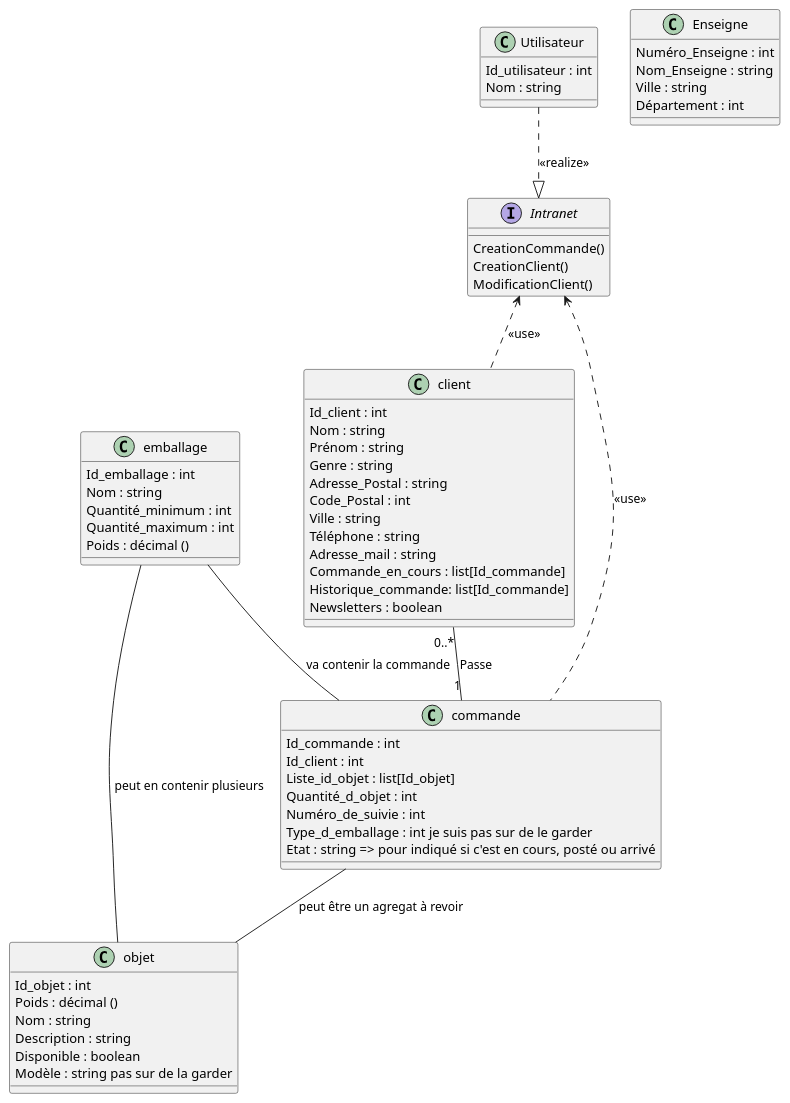
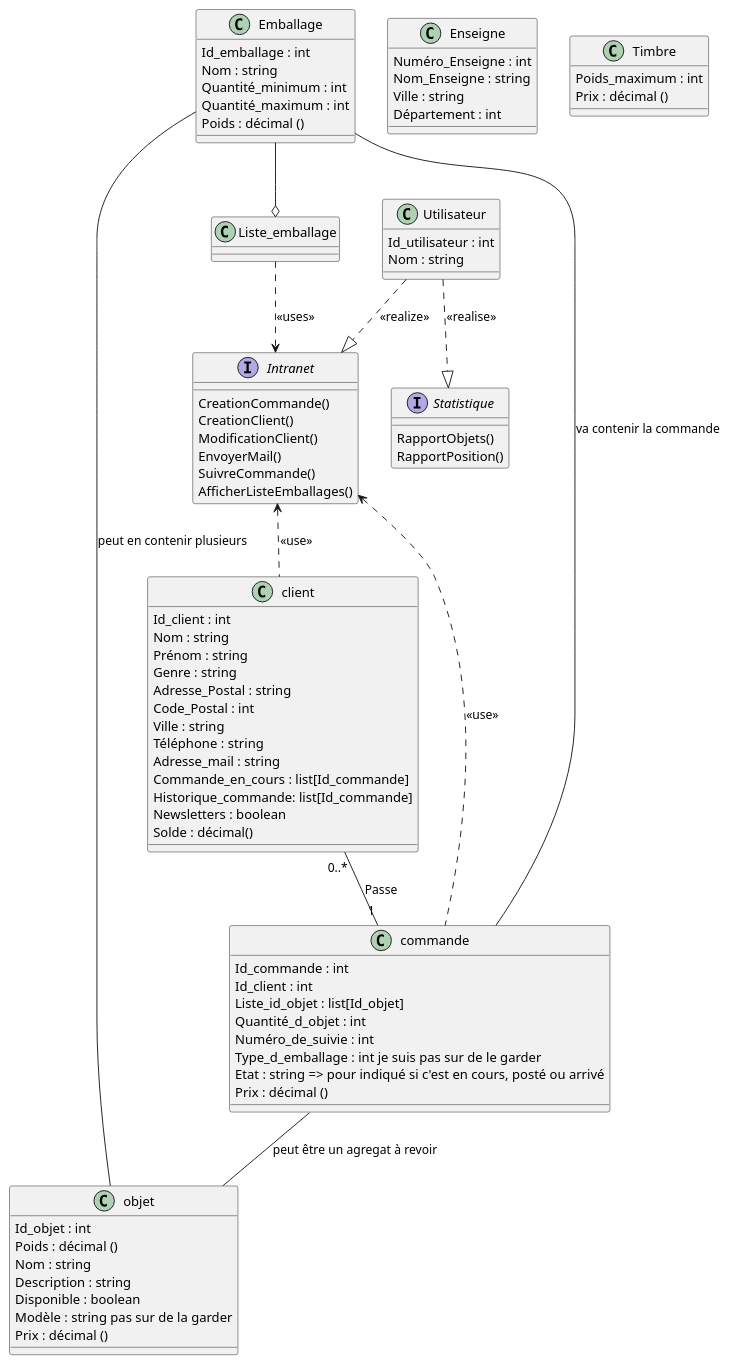
Before and after one commit to Bluwen/Conception_d_une_application_informatique: the diagram in Classe.puml, drawn with PlantUML.

Commit message:
Troisème version des diagrammes

```diff
--- a/Classe.puml
+++ b/Classe.puml
@@ -1,72 +1,99 @@
 @startuml class brooullion
 
 class client {
     Id_client : int
     Nom : string
     Prénom : string
     Genre : string
     Adresse_Postal : string
     Code_Postal : int
     Ville : string
     Téléphone : string
     Adresse_mail : string
     Commande_en_cours : list[Id_commande]
     Historique_commande: list[Id_commande]
     Newsletters : boolean
+    {field} Solde : décimal()
 }
 
 class commande {
     Id_commande : int
     Id_client : int
     Liste_id_objet : list[Id_objet]
     Quantité_d_objet : int
     Numéro_de_suivie : int
     Type_d_emballage : int je suis pas sur de le garder
     Etat : string => pour indiqué si c'est en cours, posté ou arrivé
+    {field} Prix : décimal ()
 
 }
 
 class objet {
     Id_objet : int
     {field} Poids : décimal ()
     Nom : string
     Description : string
     Disponible : boolean
     Modèle : string pas sur de la garder
+    {field} Prix : décimal ()
 }
 
-class emballage {
+class Emballage {
     Id_emballage : int
     Nom : string
     Quantité_minimum : int
     Quantité_maximum : int
     {field} Poids : décimal ()
 }
 
 class Enseigne {
     Numéro_Enseigne : int
     Nom_Enseigne : string
     Ville : string
     Département : int
 }
 
 class Utilisateur {
     Id_utilisateur : int
     Nom : string
 }
 
 interface Intranet {
     CreationCommande()
     CreationClient()
     ModificationClient()
+    EnvoyerMail()
+    SuivreCommande()
+    AfficherListeEmballages()
+}
+
+class Timbre {
+    Poids_maximum : int
+    {field} Prix : décimal ()
+}
+
+class Liste_emballage {
+
+}
+
+interface Statistique {
+    RapportObjets()
+    RapportPosition()
+
 }
 
 client "0..*" -- "1" commande : Passe
 commande -- objet : peut être un agregat à revoir
-emballage -- objet : peut en contenir plusieurs
-emballage -- commande : va contenir la commande
+Emballage -- objet : peut en contenir plusieurs
+Emballage -- commande : va contenir la commande
 
 Utilisateur ..|> Intranet : <<realize>>
 Intranet <.. client : <<use>>
 Intranet <.. commande : <<use>>
+
+Emballage --o Liste_emballage
+Liste_emballage ..> Intranet : <<uses>>
+
+Utilisateur ..|> Statistique : <<realise>>
+
 @enduml
```
